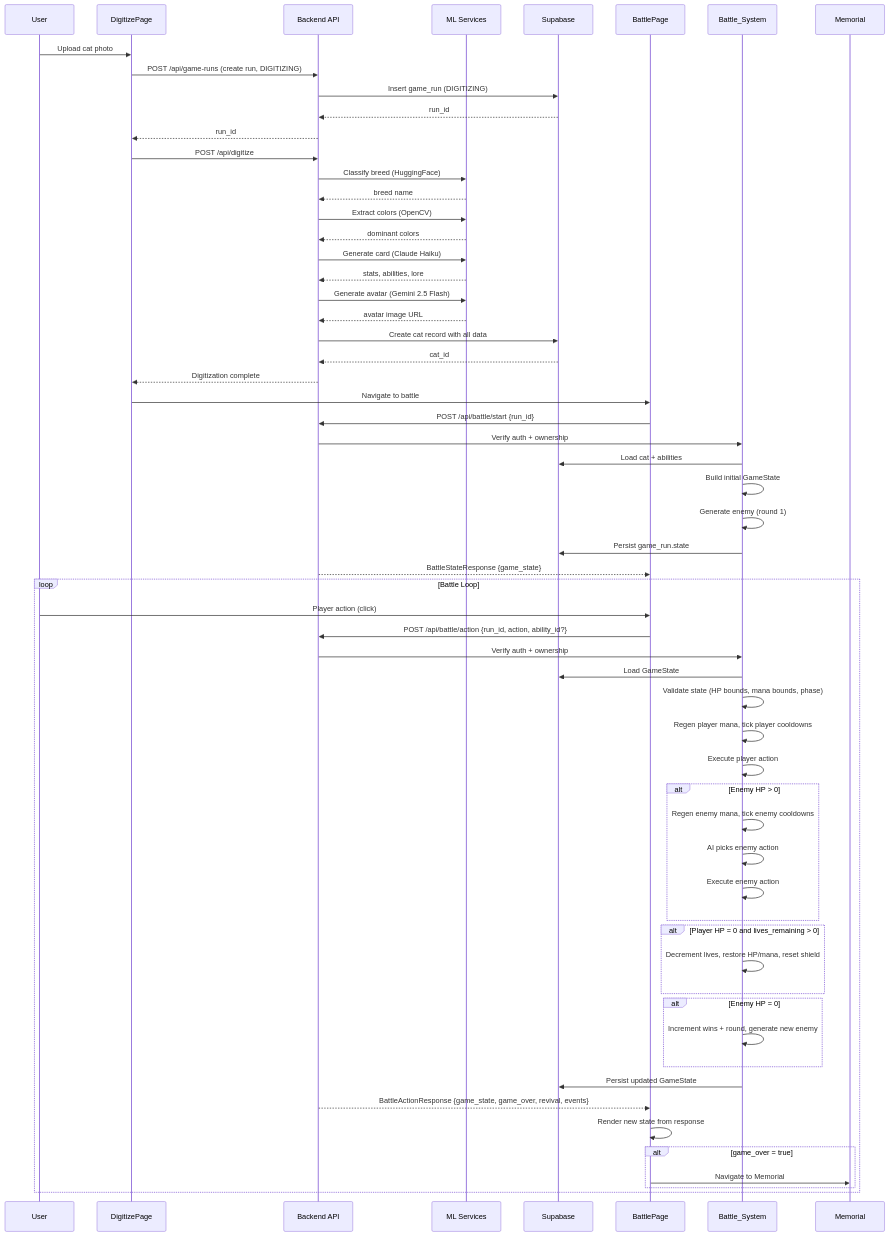
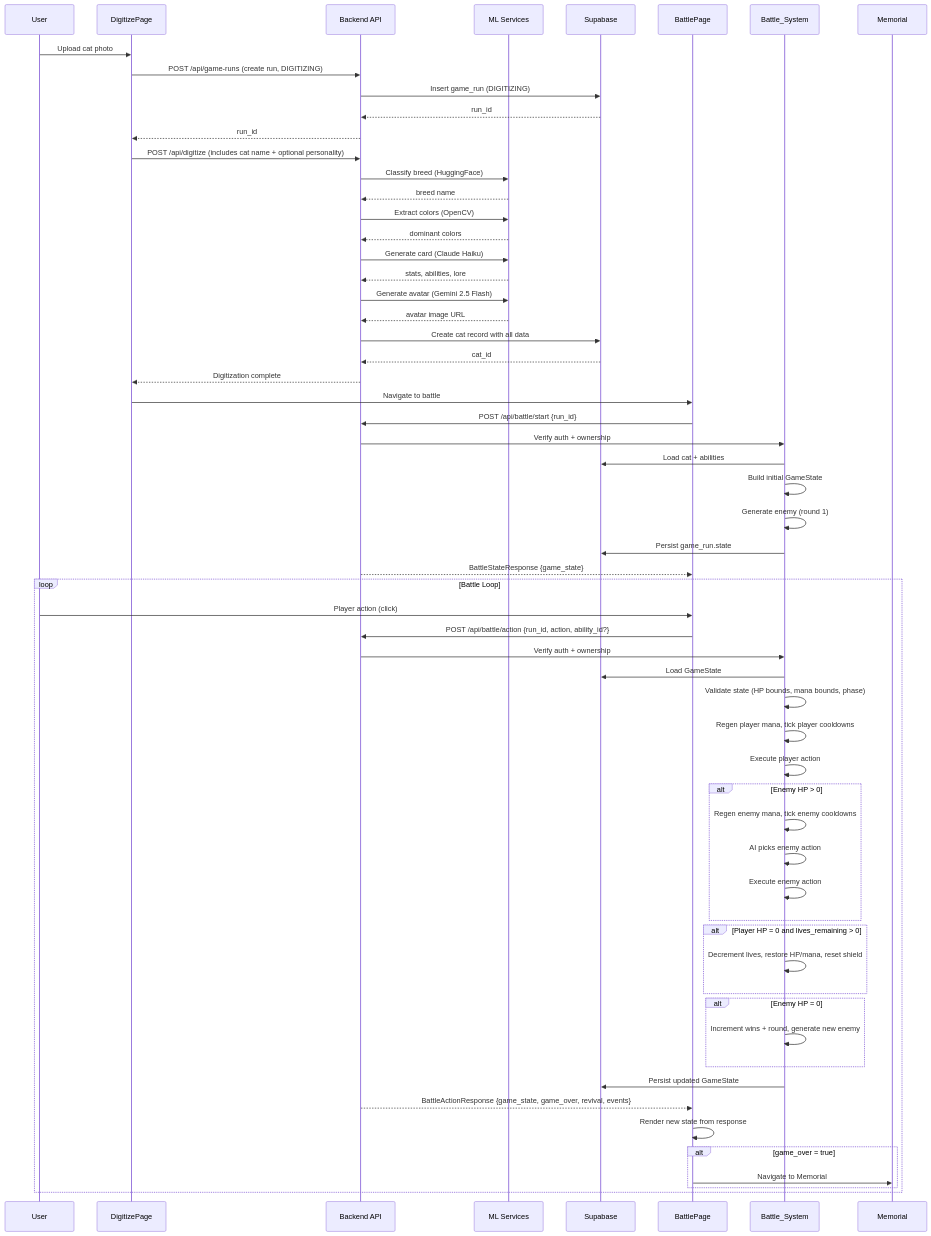
One commit to eucaliptuskoala/nine-lives changed the second of 2 diagrams in .kiro/specs/nine-lives-complete-implementation/design.md. Above: the diagram before and after it, drawn with Mermaid. The commit also changed other lines of this file and 10 other files, not shown here.

````diff
--- a/.kiro/specs/nine-lives-complete-implementation/design.md
+++ b/.kiro/specs/nine-lives-complete-implementation/design.md
@@ -94,65 +94,65 @@
 ```mermaid
 sequenceDiagram
     participant U as User
     participant D as DigitizePage
     participant B as Backend API
     participant ML as ML Services
     participant S as Supabase
     participant BP as BattlePage
     participant BS as Battle_System
     participant M as Memorial
 
     U->>D: Upload cat photo
     D->>B: POST /api/game-runs (create run, DIGITIZING)
     B->>S: Insert game_run (DIGITIZING)
     S-->>B: run_id
     B-->>D: run_id
-    D->>B: POST /api/digitize
+    D->>B: POST /api/digitize (includes cat name + optional personality)
     B->>ML: Classify breed (HuggingFace)
     ML-->>B: breed name
     B->>ML: Extract colors (OpenCV)
     ML-->>B: dominant colors
     B->>ML: Generate card (Claude Haiku)
     ML-->>B: stats, abilities, lore
     B->>ML: Generate avatar (Gemini 2.5 Flash)
     ML-->>B: avatar image URL
     B->>S: Create cat record with all data
     S-->>B: cat_id
     B-->>D: Digitization complete
     D->>BP: Navigate to battle
 
     BP->>B: POST /api/battle/start {run_id}
     B->>BS: Verify auth + ownership
     BS->>S: Load cat + abilities
     BS->>BS: Build initial GameState
     BS->>BS: Generate enemy (round 1)
     BS->>S: Persist game_run.state
     B-->>BP: BattleStateResponse {game_state}
 
     loop Battle Loop
         U->>BP: Player action (click)
         BP->>B: POST /api/battle/action {run_id, action, ability_id?}
         B->>BS: Verify auth + ownership
         BS->>S: Load GameState
         BS->>BS: Validate state (HP bounds, mana bounds, phase)
         BS->>BS: Regen player mana, tick player cooldowns
         BS->>BS: Execute player action
         alt Enemy HP > 0
             BS->>BS: Regen enemy mana, tick enemy cooldowns
             BS->>BS: AI picks enemy action
             BS->>BS: Execute enemy action
         end
         alt Player HP = 0 and lives_remaining > 0
             BS->>BS: Decrement lives, restore HP/mana, reset shield
         end
         alt Enemy HP = 0
             BS->>BS: Increment wins + round, generate new enemy
         end
         BS->>S: Persist updated GameState
         B-->>BP: BattleActionResponse {game_state, game_over, revival, events}
         BP->>BP: Render new state from response
         alt game_over = true
             BP->>M: Navigate to Memorial
         end
     end
 ```
````
